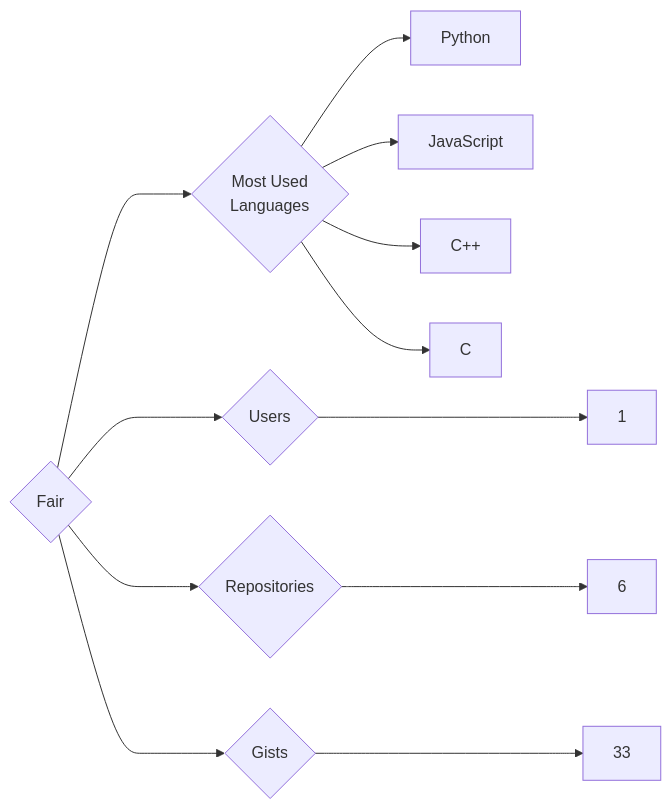
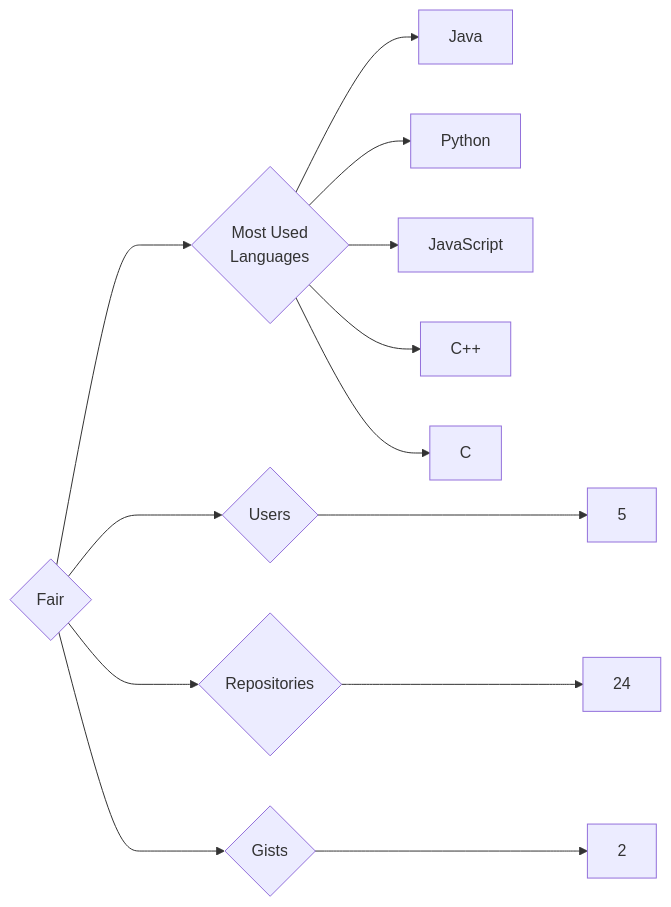
The diagram in targets/Fair/README.md (trickest/insiders), drawn with Mermaid before and after one commit. The commit also changed 873 other files, not shown here.

````diff
--- a/targets/Fair/README.md
+++ b/targets/Fair/README.md
@@ -3,12 +3,13 @@
 ```mermaid
 graph LR
 COMPANY_NAME{Fair}
-COMPANY_NAME ---> U{Users} ---> UN[1]
-COMPANY_NAME ---> R{Repositories} ---> RN[6]
-COMPANY_NAME ---> G{Gists} ---> GN[33]
+COMPANY_NAME ---> U{Users} ---> UN[5]
+COMPANY_NAME ---> R{Repositories} ---> RN[24]
+COMPANY_NAME ---> G{Gists} ---> GN[2]
 COMPANY_NAME ---> ML{Most Used<br>Languages}
+ML --> Java[Java]
 ML --> Python[Python]
 ML --> JavaScript[JavaScript]
 ML --> C++[C++]
 ML --> C[C]
 ```
````
